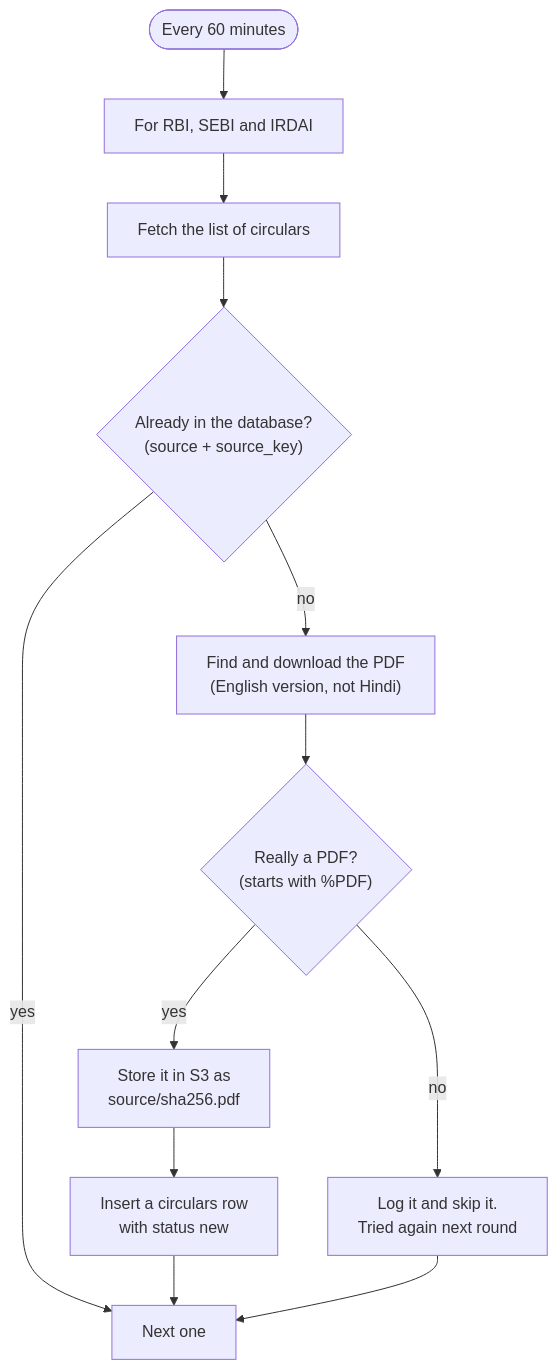
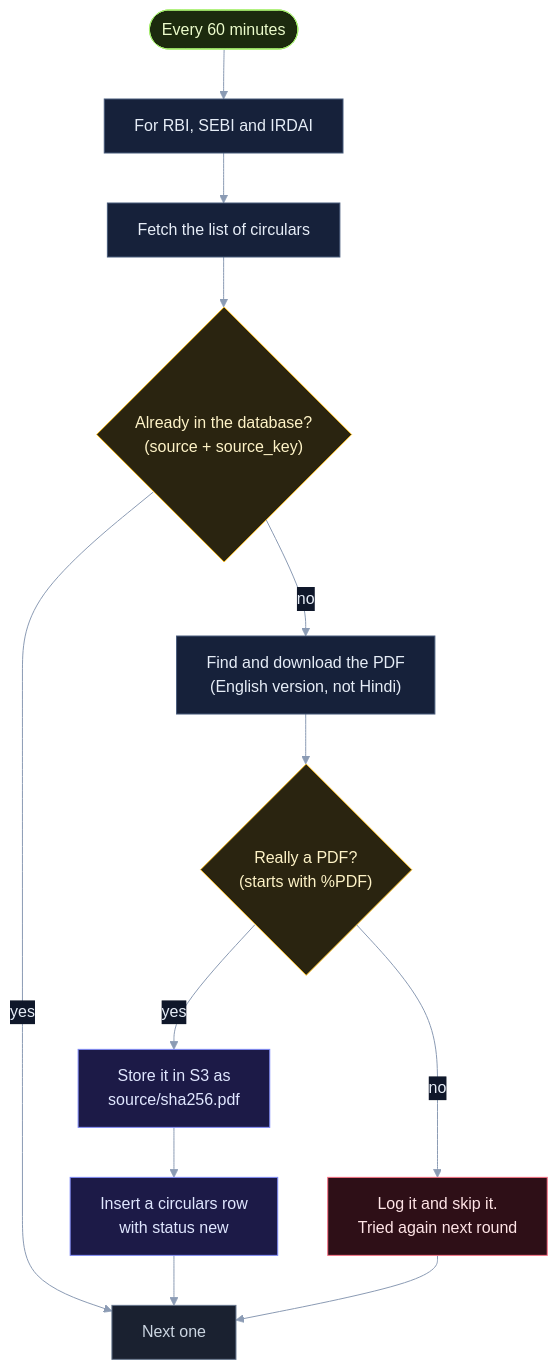
The fifth of 21 diagrams in how_it_works.md (selvakumarperumal/Regulatory_Circular_Impact_Agent), drawn with Mermaid before and after one commit. The commit also changed other lines of this file and 1 other file, not shown here.

````diff
--- a/how_it_works.md
+++ b/how_it_works.md
@@ -226,14 +278,30 @@
 ```mermaid
+%%{init: {"theme": "base", "themeVariables": {"darkMode": true, "primaryColor": "#16213a", "primaryTextColor": "#e6edf7", "primaryBorderColor": "#475a7a", "lineColor": "#8b9bb4", "secondaryColor": "#1b2436", "tertiaryColor": "#101a2e", "edgeLabelBackground": "#0f172a", "textColor": "#e2e8f0", "clusterBkg": "#0f1728", "clusterBorder": "#2b3a55", "titleColor": "#c4b5fd", "nodeTextColor": "#e6edf7"}}}%%
 flowchart TD
     start(["Every 60 minutes"]) --> each["For RBI, SEBI and IRDAI"]
     each --> list["Fetch the list of circulars"]
     list --> known{"Already in the database?<br/>(source + source_key)"}
     known -->|yes| next["Next one"]
     known -->|no| pdf["Find and download the PDF<br/>(English version, not Hindi)"]
     pdf --> isPdf{"Really a PDF?<br/>(starts with %PDF)"}
     isPdf -->|no| skip["Log it and skip it.<br/>Tried again next round"]
     isPdf -->|yes| store["Store it in S3 as<br/>source/sha256.pdf"]
     store --> row["Insert a circulars row<br/>with status new"]
     row --> next
     skip --> next
+
+    classDef svc fill:#0e2a2c,stroke:#2dd4bf,color:#ccfbf1
+    classDef data fill:#1c1a47,stroke:#818cf8,color:#e0e7ff
+    classDef ext fill:#2a1640,stroke:#c084fc,color:#f3e8ff
+    classDef gpu fill:#2d1b0c,stroke:#fb923c,color:#ffedd5
+    classDef ask fill:#2a2410,stroke:#fbbf24,color:#fef3c7
+    classDef ok fill:#0b2a1c,stroke:#34d399,color:#d1fae5
+    classDef bad fill:#2e0f17,stroke:#fb7185,color:#ffe4e6
+    classDef start fill:#1c2a0e,stroke:#a7ef6f,color:#ecfccb
+    classDef muted fill:#1a2130,stroke:#64748b,color:#cbd5e1
+    class start start
+    class known,isPdf ask
+    class skip bad
+    class store,row data
+    class next muted
 ```
````
